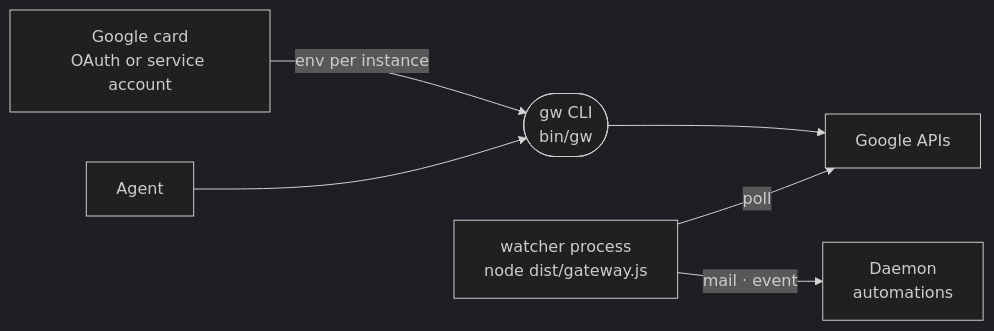
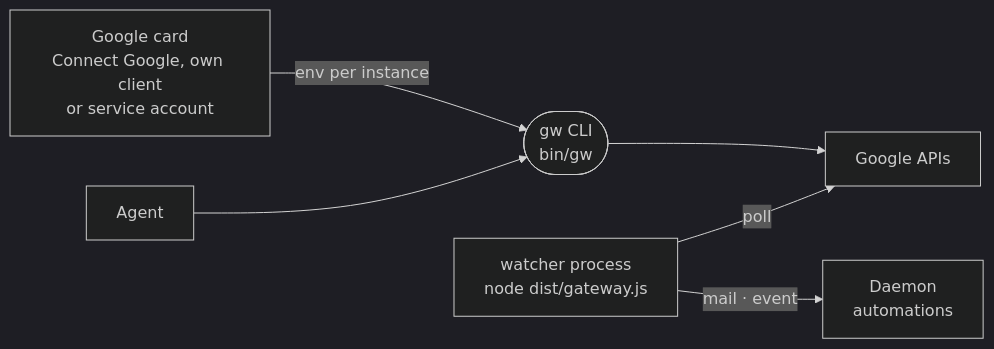
The diagram in _extensions/google-workspace/README.md (intentic/intentic), drawn with Mermaid (dark theme) before and after one commit. The commit also changed other lines of this file and 48 other files, not shown here.

First line of the commit message:
feat(capabilities): add Connect Google button to Google Workspace card

````diff
--- a/_extensions/google-workspace/README.md
+++ b/_extensions/google-workspace/README.md
@@ -5,8 +5,8 @@
 ```mermaid
 flowchart LR
-    card["Google card<br/>OAuth or service account"] -->|"env per instance"| gw(["gw CLI<br/>bin/gw"])
+    card["Google card<br/>Connect Google, own client<br/>or service account"] -->|"env per instance"| gw(["gw CLI<br/>bin/gw"])
     agent["Agent"] --> gw
     gw --> google["Google APIs"]
     watcher["watcher process<br/>node dist/gateway.js"] -->|"poll"| google
     watcher -->|"mail · event"| daemon["Daemon<br/>automations"]
 ```
````
